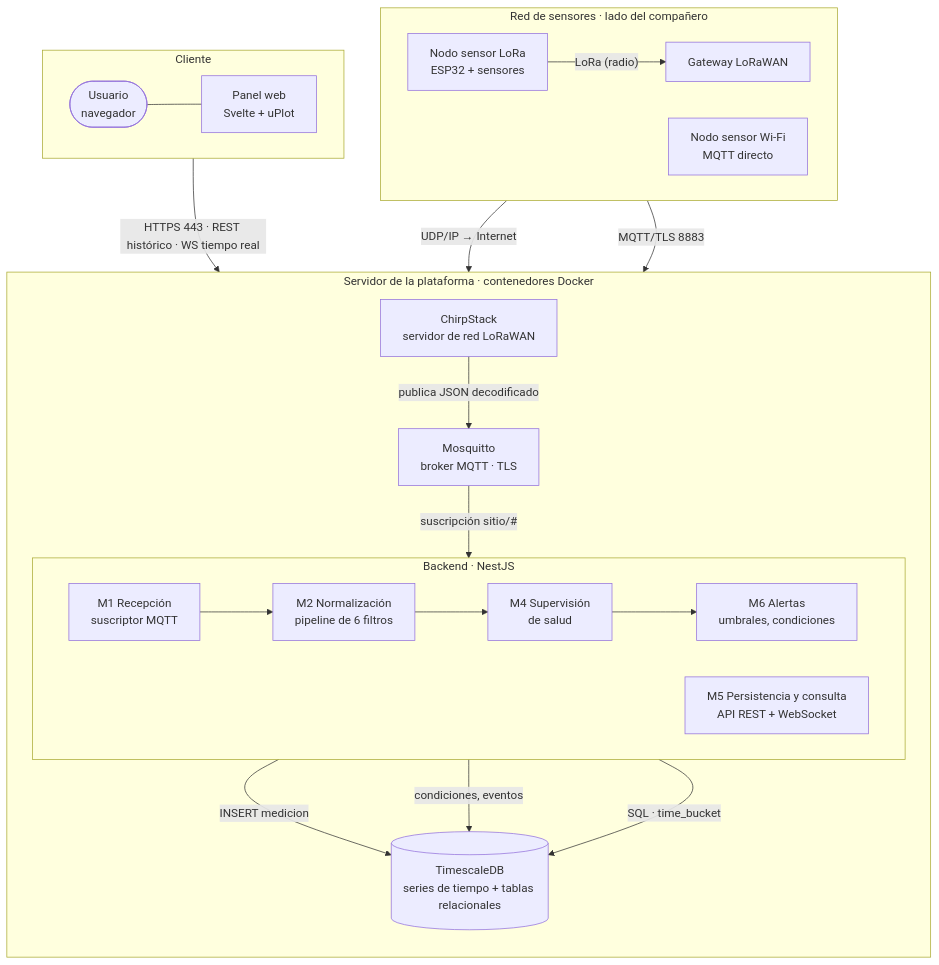
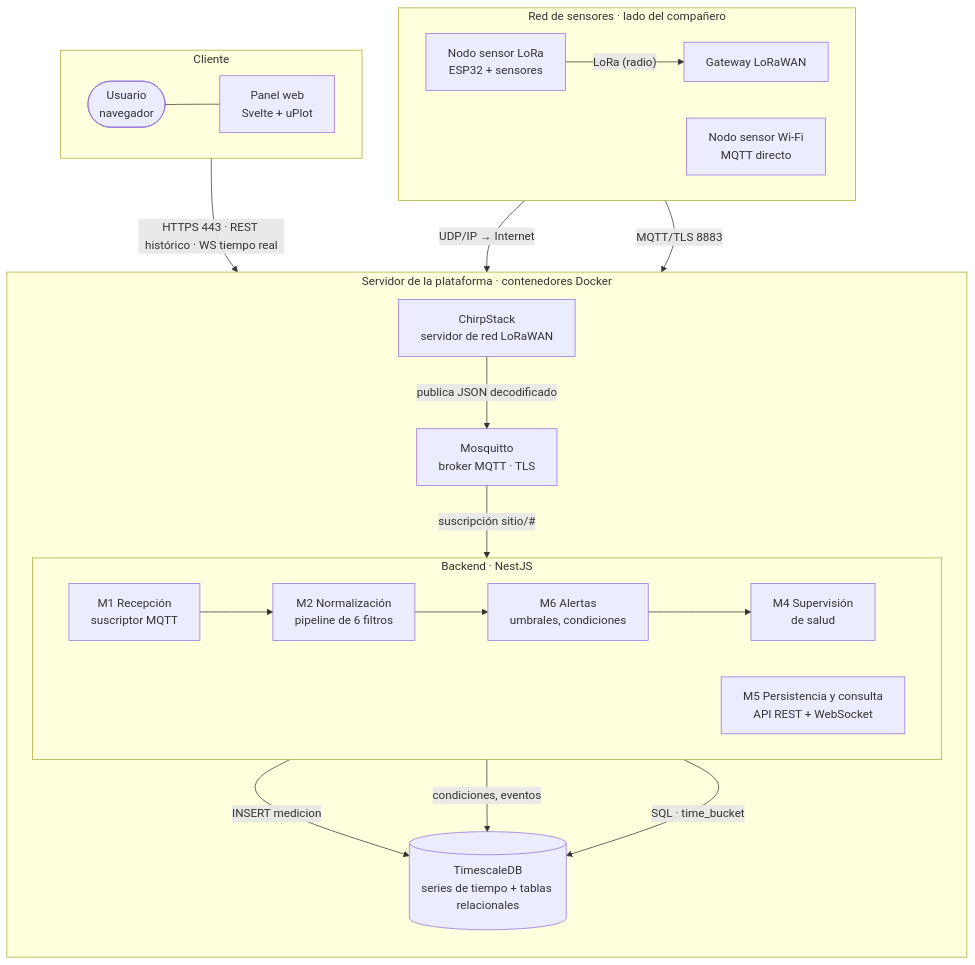
Before and after one commit to vicenterami/tesis: the diagram in informe-oficial/figuras/mermaid/contenedores.mmd, drawn with Mermaid. The commit also changed 19 other files, not shown here.

```diff
--- a/informe-oficial/figuras/mermaid/contenedores.mmd
+++ b/informe-oficial/figuras/mermaid/contenedores.mmd
@@ -1,33 +1,33 @@
 flowchart TB
     subgraph RED["Red de sensores · lado del compañero"]
         direction LR
         N1["Nodo sensor LoRa<br/>ESP32 + sensores"] -- "LoRa (radio)" --> GW["Gateway LoRaWAN"]
         N2["Nodo sensor Wi-Fi<br/>MQTT directo"]
     end
 
     subgraph SRV["Servidor de la plataforma · contenedores Docker"]
         direction TB
         CS["ChirpStack<br/>servidor de red LoRaWAN"]
         MQ["Mosquitto<br/>broker MQTT · TLS"]
         subgraph BE["Backend · NestJS"]
             direction LR
             M1["M1 Recepción<br/>suscriptor MQTT"] --> M2["M2 Normalización<br/>pipeline de 6 filtros"]
-            M2 --> M4["M4 Supervisión<br/>de salud"] --> M6["M6 Alertas<br/>umbrales, condiciones"]
+            M2 --> M6["M6 Alertas<br/>umbrales, condiciones"] --> M4["M4 Supervisión<br/>de salud"]
             M5["M5 Persistencia y consulta<br/>API REST + WebSocket"]
         end
         DB[("TimescaleDB<br/>series de tiempo + tablas relacionales")]
     end
 
     subgraph CLI["Cliente"]
         direction LR
         U(["Usuario<br/>navegador"]) --- FE["Panel web<br/>Svelte + uPlot"]
     end
 
     GW -- "UDP/IP → Internet" --> CS
     CS -- "publica JSON decodificado" --> MQ
     N2 -- "MQTT/TLS 8883" --> MQ
     MQ -- "suscripción sitio/#" --> M1
     M2 -- "INSERT medicion" --> DB
     M6 -- "condiciones, eventos" --> DB
     M5 -- "SQL · time_bucket" --> DB
     FE -- "HTTPS 443 · REST histórico · WS tiempo real" --> M5
```
